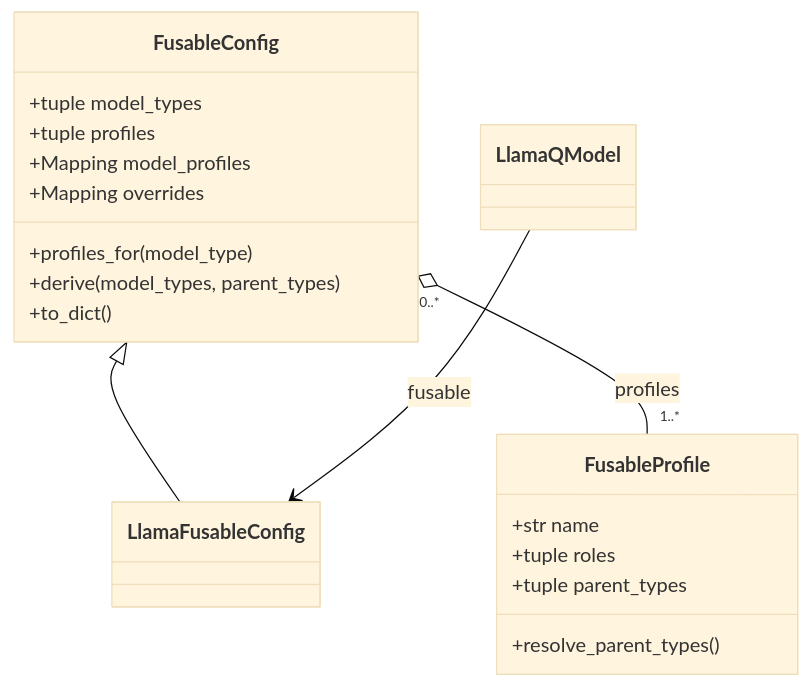
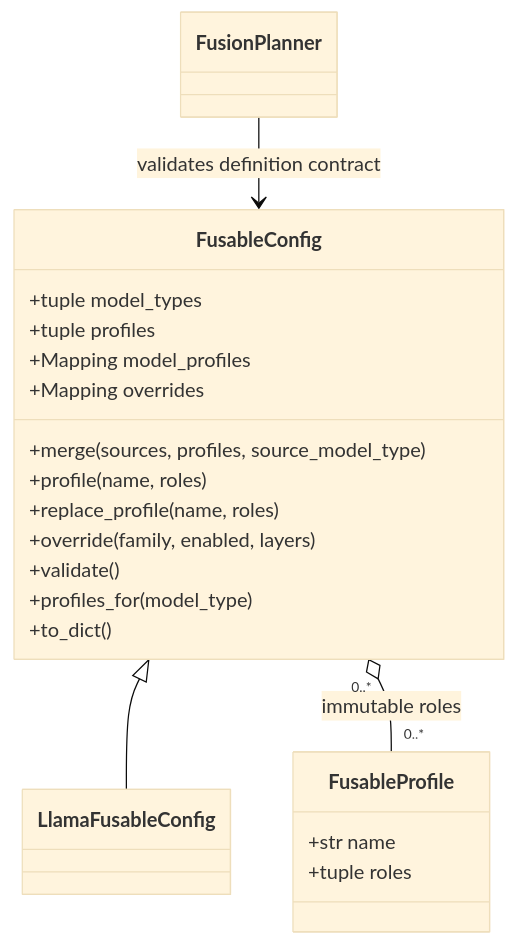
The fourth of 7 diagrams in docs/fusion-planner.md (ModelCloud/GPTQModel), drawn with Mermaid (base theme) before and after one commit. The commit also changed other lines of this file and 93 other files, not shown here.

Commit message:
refactor(fusion): compose immutable tree-driven configs with merge

````diff
--- a/docs/fusion-planner.md
+++ b/docs/fusion-planner.md
@@ -218,23 +247,25 @@
 ```mermaid
 classDiagram
     class FusableConfig {
         +tuple model_types
         +tuple profiles
         +Mapping model_profiles
         +Mapping overrides
+        +merge(sources, profiles, source_model_type)
+        +profile(name, roles)
+        +replace_profile(name, roles)
+        +override(family, enabled, layers)
+        +validate()
         +profiles_for(model_type)
-        +derive(model_types, parent_types)
         +to_dict()
     }
     class FusableProfile {
         +str name
         +tuple roles
-        +tuple parent_types
-        +resolve_parent_types()
     }
     class LlamaFusableConfig
-    class LlamaQModel
+    class FusionPlanner
     FusableConfig <|-- LlamaFusableConfig
-    FusableConfig "0..*" o-- "1..*" FusableProfile : profiles
-    LlamaQModel --> LlamaFusableConfig : fusable
+    FusableConfig "0..*" o-- "0..*" FusableProfile : immutable roles
+    FusionPlanner --> FusableConfig : validates definition contract
 ```
````
